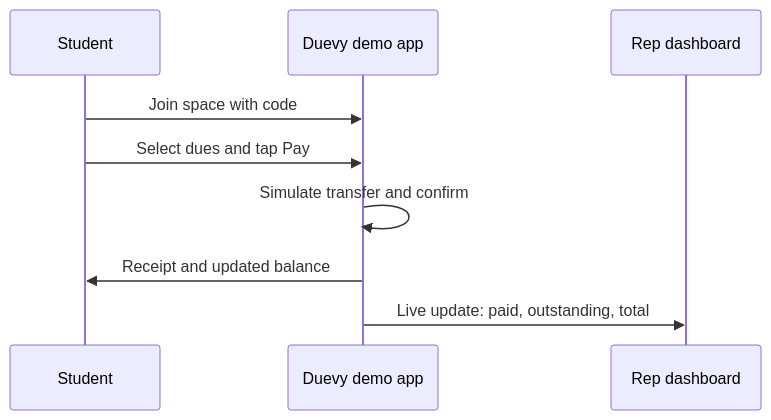
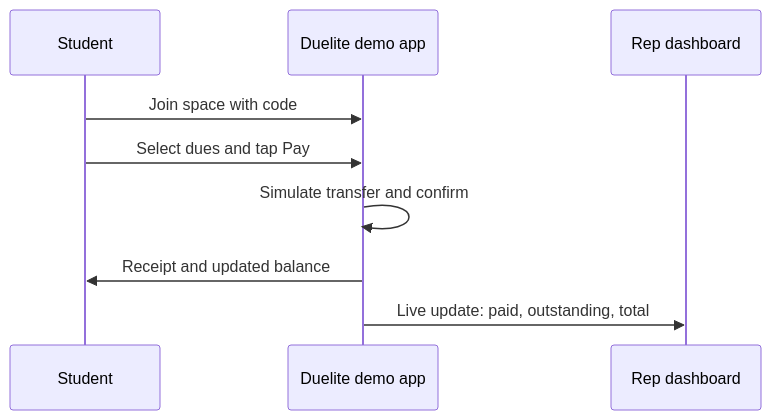
One commit to OlaiwonAbdullahi/duelite-nitda changed the first of 2 diagrams in duelite-docs.md. Above: the diagram before and after it, drawn with Mermaid. The commit also changed other lines of this file and 3 other files, not shown here.

````diff
--- a/duelite-docs.md
+++ b/duelite-docs.md
@@ -86,11 +86,11 @@
 ```mermaid
 sequenceDiagram
   participant S as Student
-  participant D as Duevy demo app
+  participant D as Duelite demo app
   participant P as Rep dashboard
   S->>D: Join space with code
   S->>D: Select dues and tap Pay
   D->>D: Simulate transfer and confirm
   D->>S: Receipt and updated balance
   D->>P: Live update: paid, outstanding, total
 ```
````
